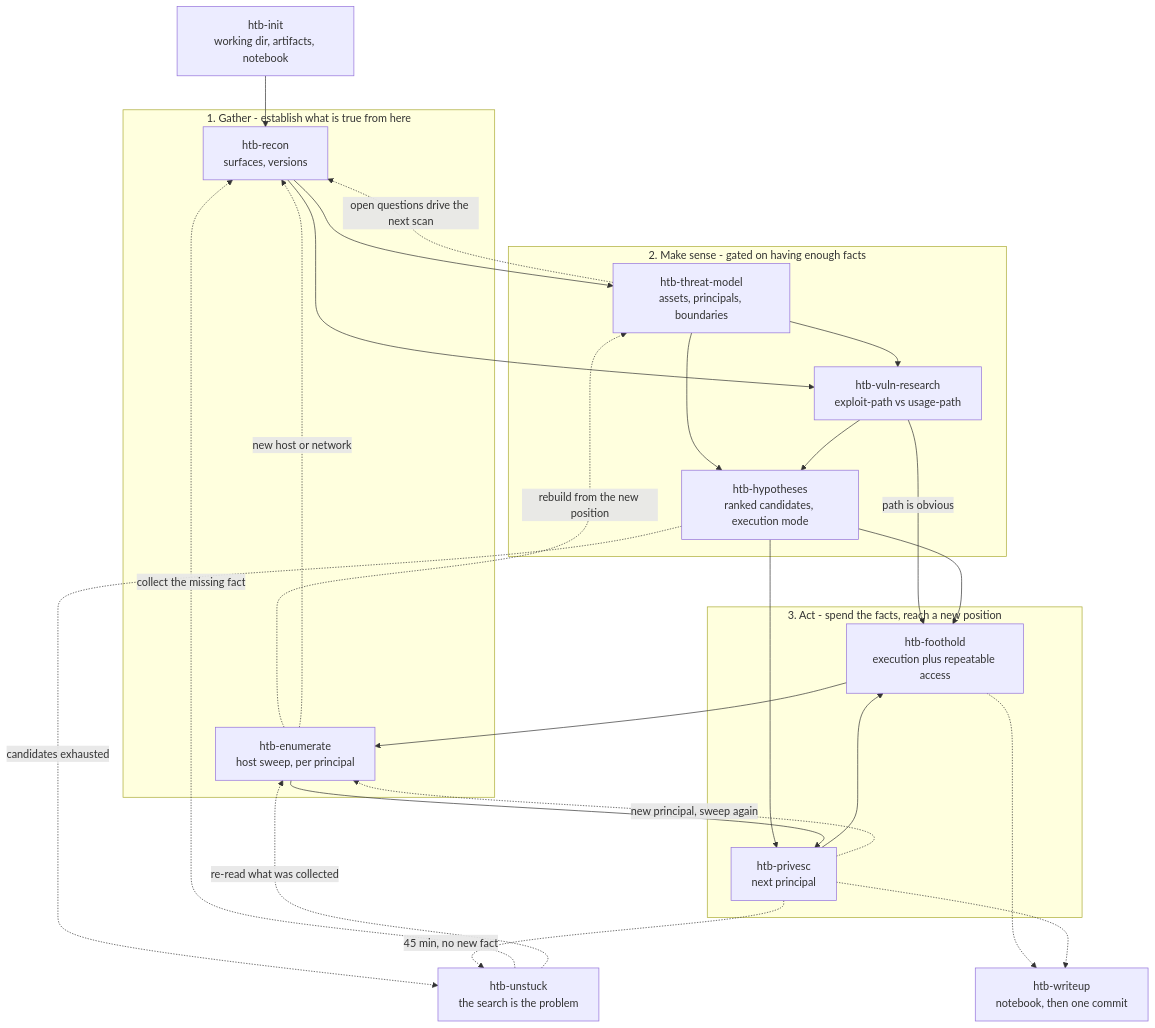
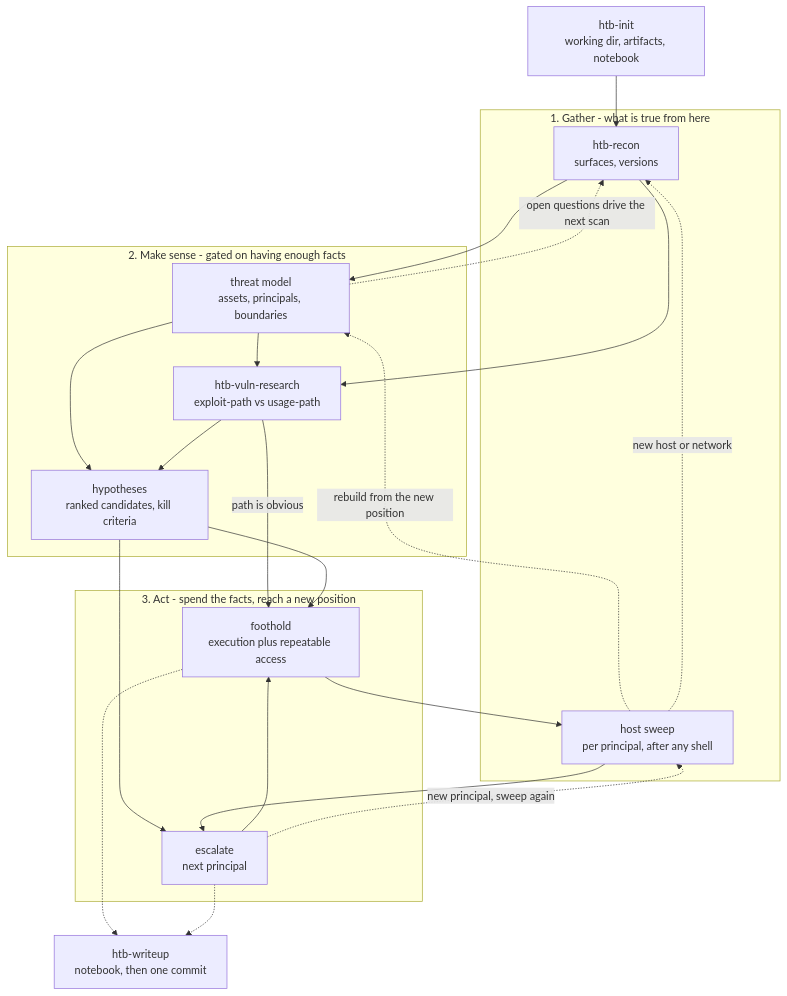
The diagram in .claude/skills/htb/SKILL.md (h1994st/HTB), drawn with Mermaid before and after one commit. The commit also changed other lines of this file and 8 other files, not shown here.

````diff
--- a/.claude/skills/htb/SKILL.md
+++ b/.claude/skills/htb/SKILL.md
@@ -17,49 +53,42 @@
 ```mermaid
 flowchart TD
     init["htb-init<br/>working dir, artifacts, notebook"]
 
-    subgraph GATHER["1. Gather - establish what is true from here"]
+    subgraph GATHER["1. Gather - what is true from here"]
         recon["htb-recon<br/>surfaces, versions"]
-        enum["htb-enumerate<br/>host sweep, per principal"]
+        sweep["host sweep<br/>per principal, after any shell"]
     end
 
     subgraph SENSE["2. Make sense - gated on having enough facts"]
-        model["htb-threat-model<br/>assets, principals, boundaries"]
+        model["threat model<br/>assets, principals, boundaries"]
         research["htb-vuln-research<br/>exploit-path vs usage-path"]
-        hypo["htb-hypotheses<br/>ranked candidates, execution mode"]
+        hypo["hypotheses<br/>ranked candidates, kill criteria"]
     end
 
     subgraph ACT["3. Act - spend the facts, reach a new position"]
-        foothold["htb-foothold<br/>execution plus repeatable access"]
-        privesc["htb-privesc<br/>next principal"]
+        foothold["foothold<br/>execution plus repeatable access"]
+        escalate["escalate<br/>next principal"]
     end
 
-    unstuck["htb-unstuck<br/>the search is the problem"]
     writeup["htb-writeup<br/>notebook, then one commit"]
 
     init --> recon
     recon --> model
     recon --> research
     model --> research
     model --> hypo
     research --> hypo
     research -->|path is obvious| foothold
     hypo --> foothold
-    hypo --> privesc
-    foothold --> enum
-    enum --> privesc
-    privesc --> foothold
+    hypo --> escalate
+    foothold --> sweep
+    sweep --> escalate
+    escalate --> foothold
 
     model -.->|open questions drive the next scan| recon
-    enum -.->|rebuild from the new position| model
-    enum -.->|new host or network| recon
-    privesc -.->|new principal, sweep again| enum
-
-    hypo -.->|candidates exhausted| unstuck
-    privesc -.->|45 min, no new fact| unstuck
-    unstuck -.->|collect the missing fact| recon
-    unstuck -.->|re-read what was collected| enum
-
+    sweep -.->|rebuild from the new position| model
+    sweep -.->|new host or network| recon
+    escalate -.->|new principal, sweep again| sweep
     foothold -.-> writeup
-    privesc -.-> writeup
+    escalate -.-> writeup
 ```
````
